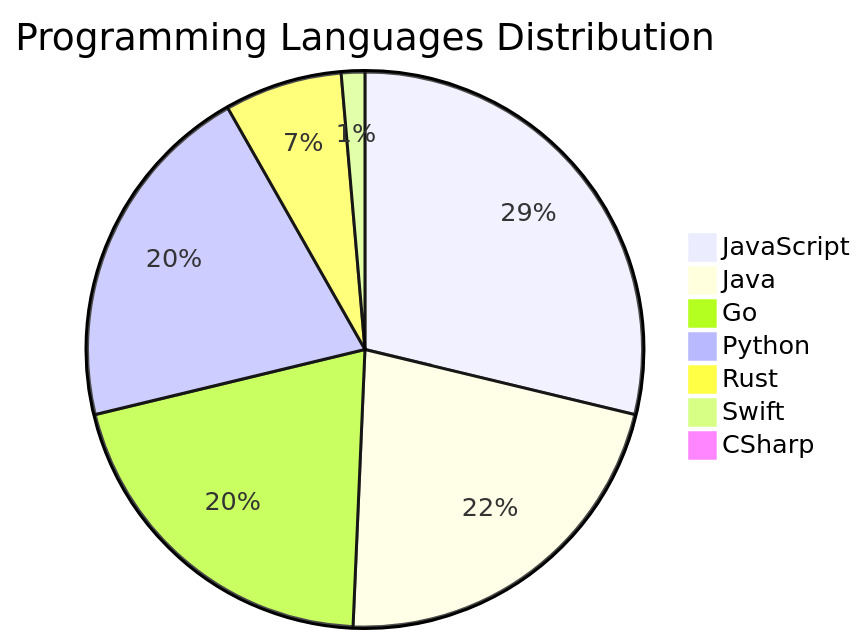
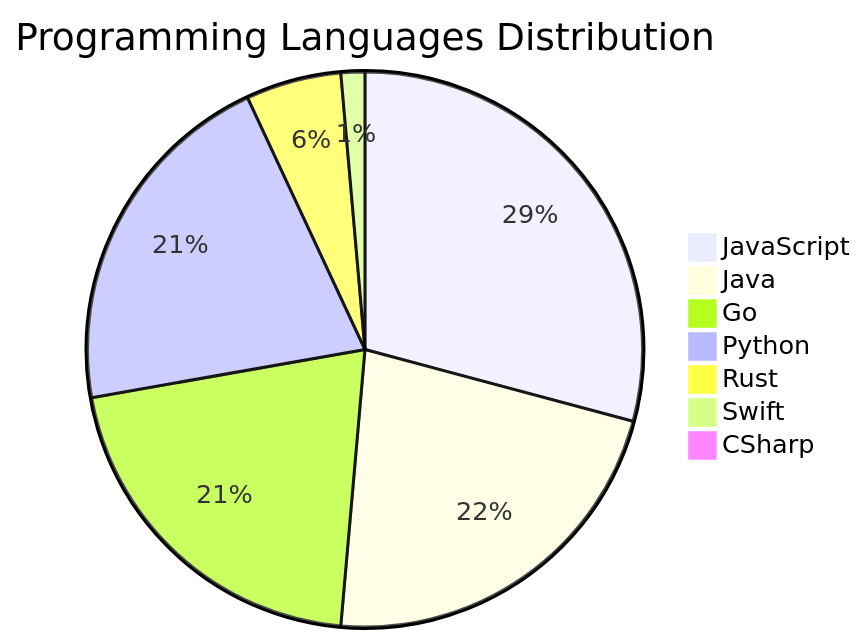
Before and after one commit to Derrick-MUGISHA/github-activity-bot: the diagram in README.md, drawn with Mermaid. The commit also changed other lines of this file and 4 other files, not shown here.

````diff
--- a/README.md
+++ b/README.md
@@ -207,10 +207,10 @@
 ```mermaid
 pie title Programming Languages Distribution
     "JavaScript" : 42
     "Java" : 32
     "Go" : 30
     "Python" : 30
-    "Rust" : 10
+    "Rust" : 8
     "Swift" : 2
     "CSharp" : 1
 ```
````
